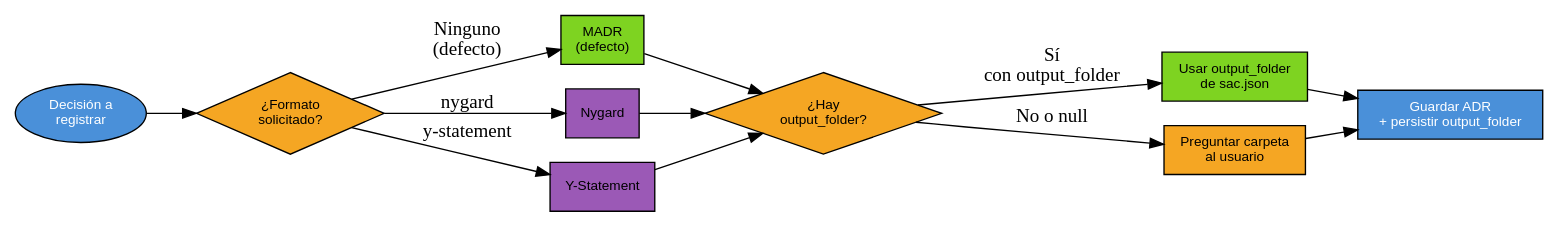
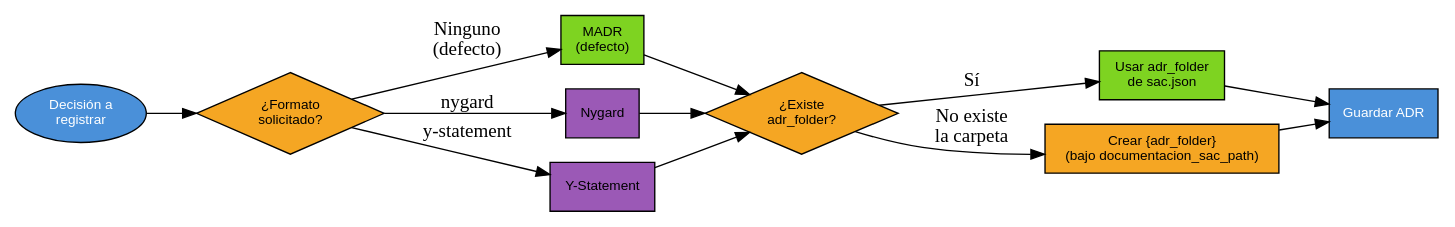
Before and after one commit to JavierDevCol/ia-dev-toolkit: the diagram in skills/crear-adr/SKILL.md, drawn with Graphviz. The commit also changed other lines of this file, not shown here.

Commit message:
refactor(crear-adr): write outputs only under documentacion_sac_path

````diff
--- a/skills/crear-adr/SKILL.md
+++ b/skills/crear-adr/SKILL.md
@@ -23,28 +23,28 @@
 ```dot
 digraph crearadr {
   rankdir=LR
   node [fontname="Helvetica" fontsize=10]
 
   start [label="Decisión a\nregistrar" shape=ellipse style=filled fillcolor="#4A90D9" fontcolor=white]
   q1 [label="¿Formato\nsolicitado?" shape=diamond style=filled fillcolor="#F5A623"]
   madr [label="MADR\n(defecto)" shape=box style=filled fillcolor="#7ED321"]
   nygard [label="Nygard" shape=box style=filled fillcolor="#9B59B6"]
   ystmt [label="Y-Statement" shape=box style=filled fillcolor="#9B59B6"]
-  q2 [label="¿Hay\noutput_folder?" shape=diamond style=filled fillcolor="#F5A623"]
-  use_mem [label="Usar output_folder\nde sac.json" shape=box style=filled fillcolor="#7ED321"]
-  ask [label="Preguntar carpeta\nal usuario" shape=box style=filled fillcolor="#F5A623"]
-  save [label="Guardar ADR\n+ persistir output_folder" shape=box style=filled fillcolor="#4A90D9" fontcolor=white]
+  q2 [label="¿Existe\nadr_folder?" shape=diamond style=filled fillcolor="#F5A623"]
+  use_mem [label="Usar adr_folder\nde sac.json" shape=box style=filled fillcolor="#7ED321"]
+  ask [label="Crear {adr_folder}\n(bajo documentacion_sac_path)" shape=box style=filled fillcolor="#F5A623"]
+  save [label="Guardar ADR" shape=box style=filled fillcolor="#4A90D9" fontcolor=white]
 
   start -> q1
   q1 -> madr [label="Ninguno\n(defecto)"]
   q1 -> nygard [label="nygard"]
   q1 -> ystmt [label="y-statement"]
   madr -> q2
   nygard -> q2
   ystmt -> q2
-  q2 -> use_mem [label="Sí\ncon output_folder"]
-  q2 -> ask [label="No o null"]
+  q2 -> use_mem [label="Sí"]
+  q2 -> ask [label="No existe\nla carpeta"]
   use_mem -> save
   ask -> save
 }
 ```
````
